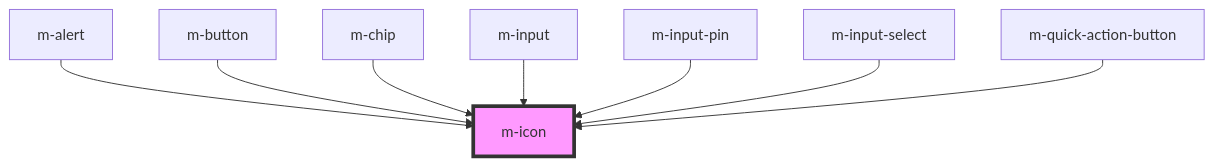
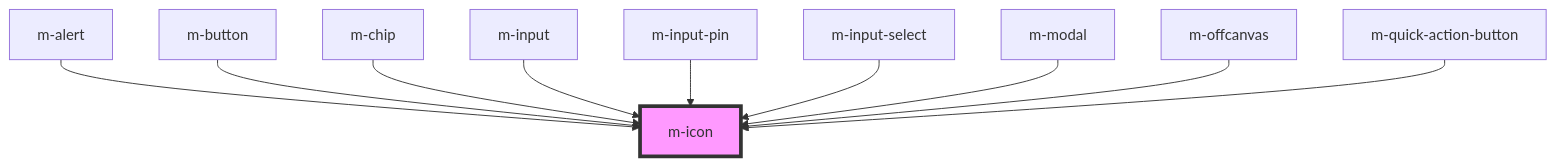
One commit to dynamic-framework/dynamic-ui changed the diagram in libraries/modyo-design-system/src/components/m-icon/readme.md. Above: the diagram before and after it, drawn with Mermaid. The commit also changed other lines of this file and 34 other files, not shown here.

Commit message:
feat: m-offcanvas and m-modal homologation

````diff
--- a/libraries/modyo-design-system/src/components/m-icon/readme.md
+++ b/libraries/modyo-design-system/src/components/m-icon/readme.md
@@ -38,11 +40,13 @@
 ```mermaid
 graph TD;
   m-alert --> m-icon
   m-button --> m-icon
   m-chip --> m-icon
   m-input --> m-icon
   m-input-pin --> m-icon
   m-input-select --> m-icon
+  m-modal --> m-icon
+  m-offcanvas --> m-icon
   m-quick-action-button --> m-icon
   style m-icon fill:#f9f,stroke:#333,stroke-width:4px
 ```
````
